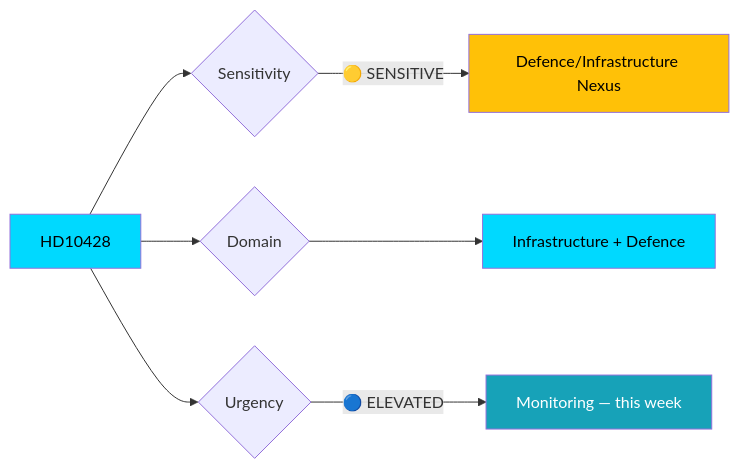
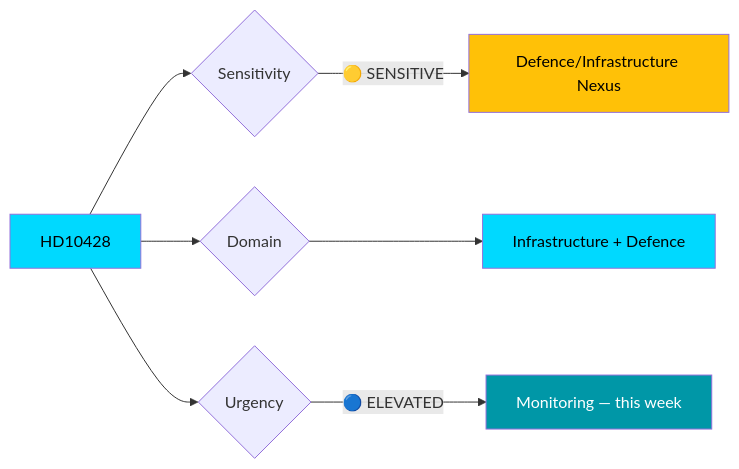
Before and after one commit to Hack23/riksdagsmonitor: the diagram in analysis/daily/2026-04-03/interpellations/documents/hd10428-analysis.md, drawn with Mermaid. The commit also changed 785 other files, not shown here.

First line of the commit message:
Normalize mermaid colors across 786 analysis artifacts to ISMS Style Guide palette

````diff
--- a/analysis/daily/2026-04-03/interpellations/documents/hd10428-analysis.md
+++ b/analysis/daily/2026-04-03/interpellations/documents/hd10428-analysis.md
@@ -25,14 +25,14 @@
 ```mermaid
 graph LR
     A["HD10428"] --> B{"Sensitivity"}
     B -->|"🟡 SENSITIVE"| D["Defence/Infrastructure Nexus"]
     A --> G{"Domain"}
     G --> H["Infrastructure + Defence"]
     A --> I{"Urgency"}
     I -->|"🔵 ELEVATED"| L["Monitoring — this week"]
     
-    style A fill:#00d9ff,color:#000
-    style D fill:#ffc107,color:#000
-    style H fill:#00d9ff,color:#000
-    style L fill:#17a2b8,color:#fff
+    style A fill:#00d9ff,color:#000000
+    style D fill:#FFC107,color:#000000
+    style H fill:#00d9ff,color:#000000
+    style L fill:#0097A7,color:#FFFFFF
 ```
````
